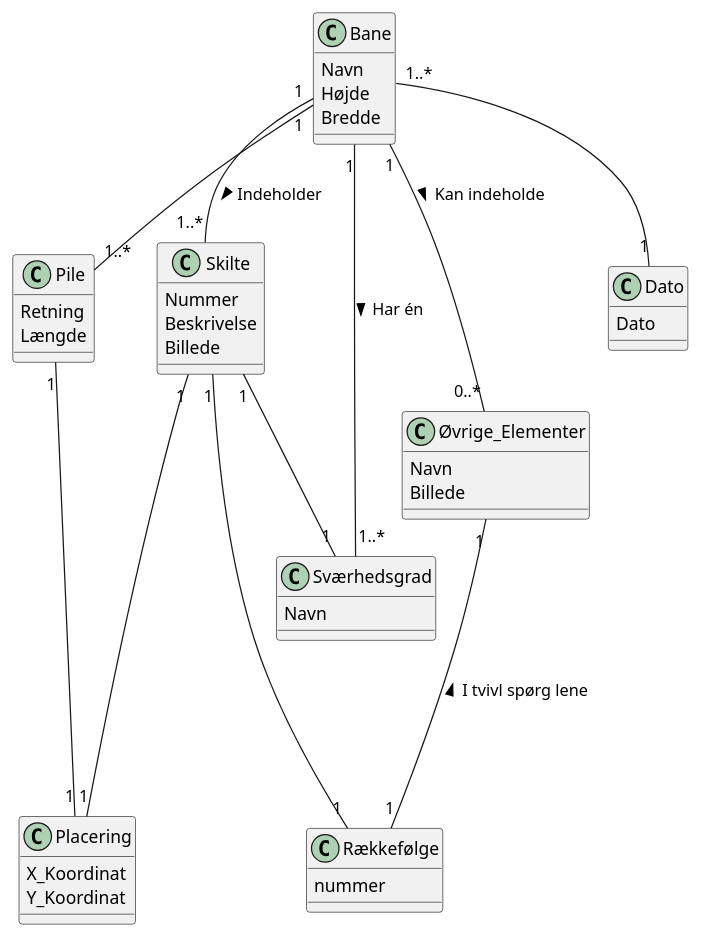
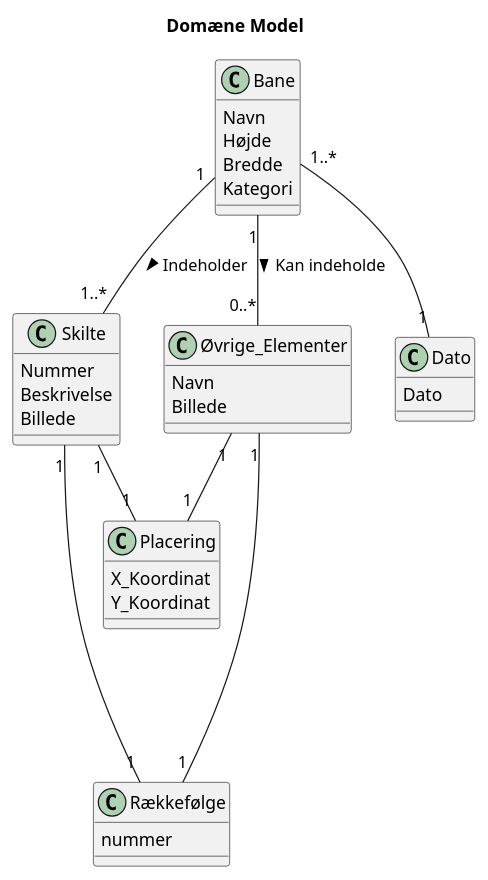
Before and after one commit to Team-1-ucl/Team1_Projekt: the diagram in Dokumentation/Scenarier/Baner/Development View/DM/DomæneModel.wsd, drawn with PlantUML. The commit also changed 11 other files, not shown here.

```diff
--- a/Dokumentation/Scenarier/Baner/Development View/DM/DomæneModel.wsd
+++ b/Dokumentation/Scenarier/Baner/Development View/DM/DomæneModel.wsd
@@ -1,45 +1,39 @@
 @startuml DomæneModel
+title Domæne Model
 class "Bane"{
     Navn
     Højde
     Bredde
-}
-class "Pile" {
-    Retning
-    Længde
+    Kategori
 }
 class "Skilte"{
     Nummer
     Beskrivelse
     Billede
 }
 class "Øvrige_Elementer"{
     Navn
     Billede
 }
-class "Sværhedsgrad"{
-    Navn
-}
+
 class "Dato"{
     Dato
 }
 class "Rækkefølge"{
     nummer
 }
 class "Placering"{
     X_Koordinat
     Y_Koordinat
 }
 
-Bane "1" -- "1..*" Sværhedsgrad: > Har én 
+
 Bane "1" -- "1..*" Skilte: > Indeholder
 Bane "1..*" -- "1" Dato
 Bane "1"-- "0..*" Øvrige_Elementer: > Kan indeholde
-Bane "1"--"1..*" Pile
 Skilte "1" ---- "1" Rækkefølge
 Skilte "1" -- "1" Placering
-Skilte "1" -- "1" Sværhedsgrad
-Pile "1" ---- "1" Placering
-Øvrige_Elementer "1" -- "1" Rækkefølge: < I tvivl spørg lene
+Øvrige_Elementer "1" -- "1" Placering
+Øvrige_Elementer "1" -- "1" Rækkefølge 
 
 @enduml
```
